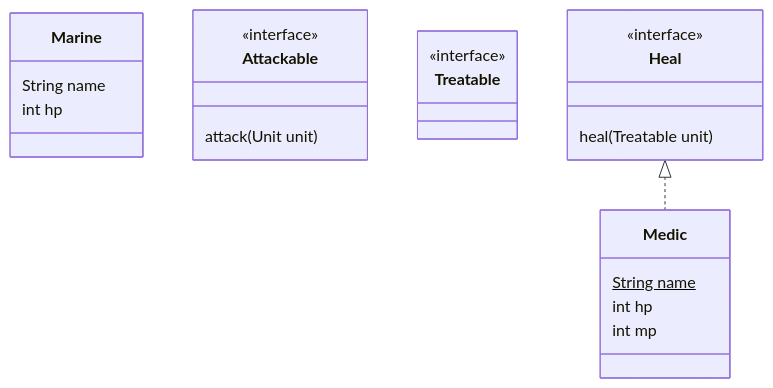
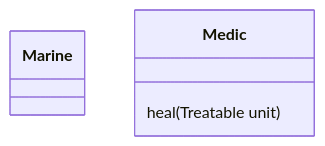
One commit to choiexe1/local changed the diagram in Daily/2025-03-20.md. Above: the diagram before and after it, drawn with Mermaid.

Commit message:
vault backup: 2025-03-20 15:19:29

````diff
--- a/Daily/2025-03-20.md
+++ b/Daily/2025-03-20.md
@@ -18,30 +18,10 @@
 ```mermaid
 classDiagram
 
 class Marine {
-	String name
-	int hp
-}
-
-class Attackable {
-	<<interface>>
-	attack(Unit unit)
-}
-
-class Treatable {
-	<<interface>>
-}
-
-class Heal {
-	<<interface>>
-	heal(Treatable unit)
 }
 
 class Medic {
-	String name$
-	int hp
-	int mp
+	heal(Treatable unit)
 }
-
-Heal <|.. Medic
 ```
````
